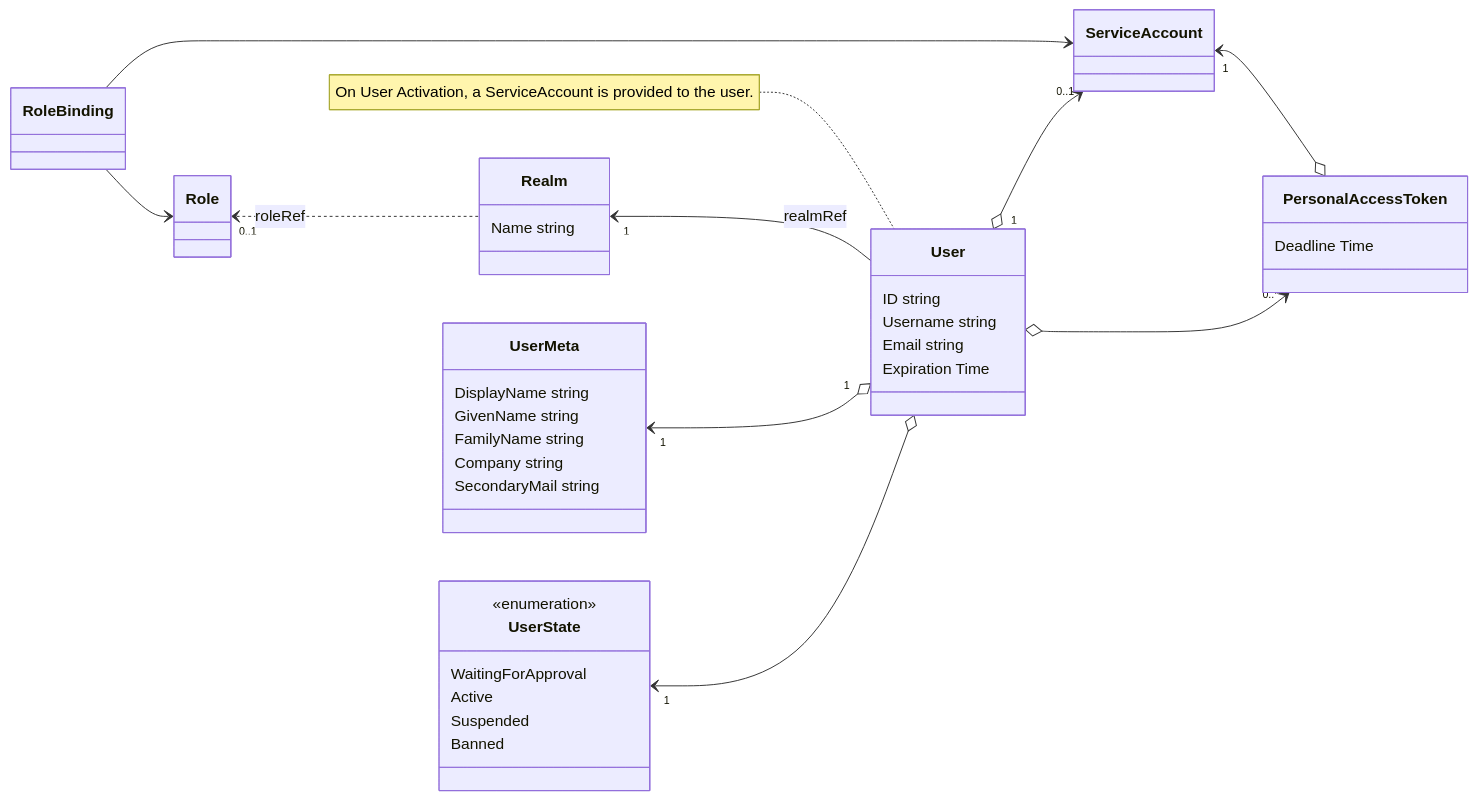
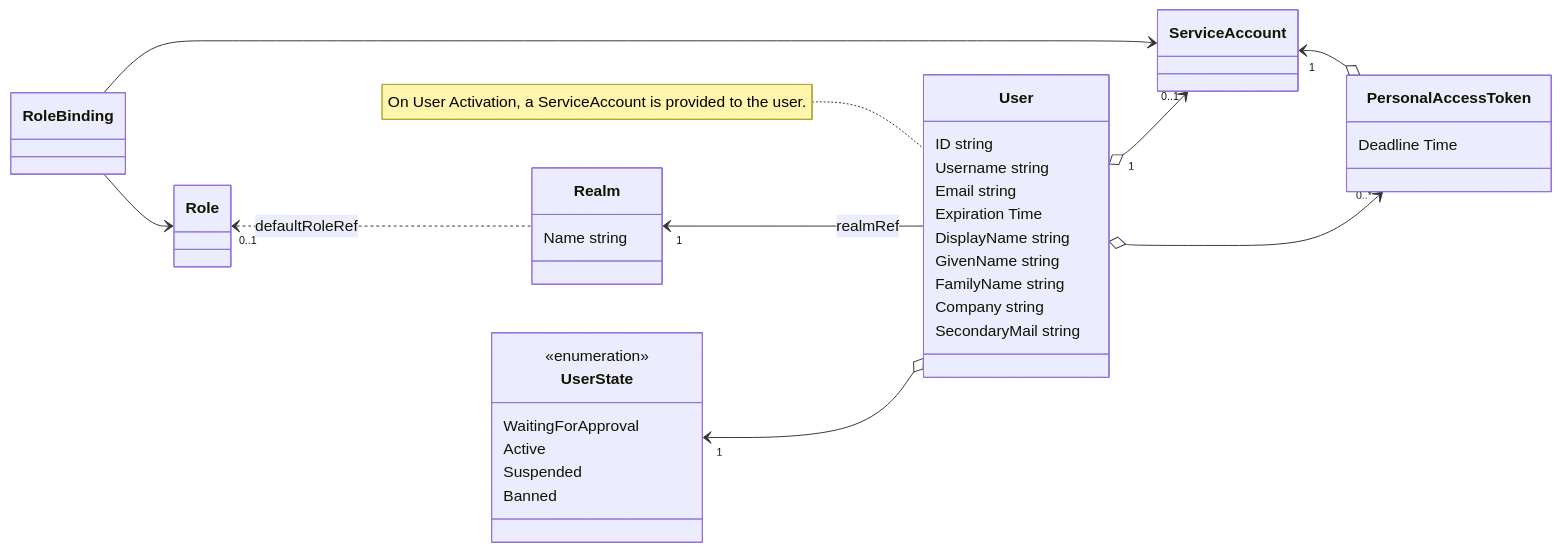
The diagram in docs/kim-classes.mmd (filariow/kim), drawn with Mermaid before and after one commit. The commit also changed 29 other files, not shown here.

```diff
--- a/docs/kim-classes.mmd
+++ b/docs/kim-classes.mmd
@@ -1,45 +1,42 @@
 classDiagram
   direction LR
 
-  class UserMeta
   class User
   class Realm
   class UserState
   class PersonalAccessToken
 
   class ServiceAccount
   class Role
   class RoleBinding
 
   User : ID string
   User : Username string
   User : Email string
   User : Expiration Time
+  User : DisplayName string
+  User : GivenName string
+  User : FamilyName string
+  User : Company string
+  User : SecondaryMail string
 
   Realm : Name string
   Realm "1" <-- User : realmRef
-  Role "0..1" <.. Realm : roleRef
-
-  UserMeta "1" <--o "1" User
-  UserMeta : DisplayName string
-  UserMeta : GivenName string
-  UserMeta : FamilyName string
-  UserMeta : Company string
-  UserMeta : SecondaryMail string
+  Role "0..1" <.. Realm : defaultRoleRef
 
   <<enumeration>> UserState
   UserState : WaitingForApproval
   UserState : Active
   UserState : Suspended
   UserState : Banned
   UserState "1" <--o User
 
   RoleBinding --> ServiceAccount
   RoleBinding --> Role
 
   note for User "On User Activation, a ServiceAccount is provided to the user."
   ServiceAccount "1" <--o PersonalAccessToken
   User "1" o--> "0..1" ServiceAccount
 
   PersonalAccessToken : Deadline Time
   User o--> "0..*" PersonalAccessToken
```
